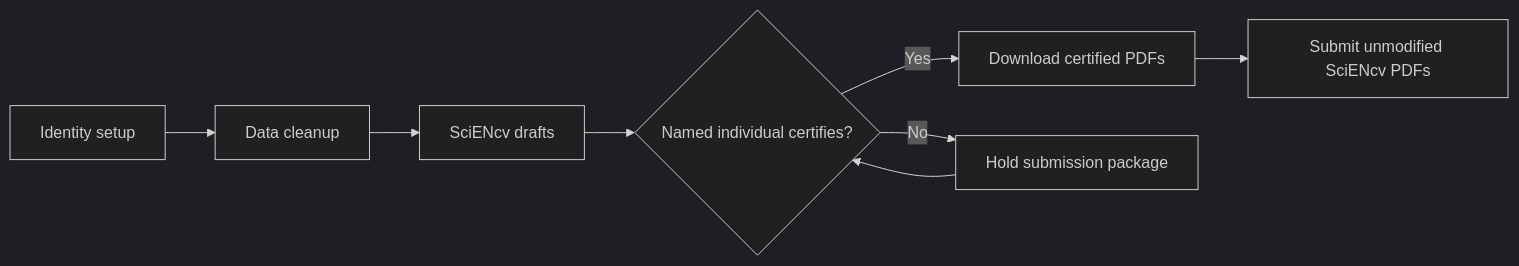
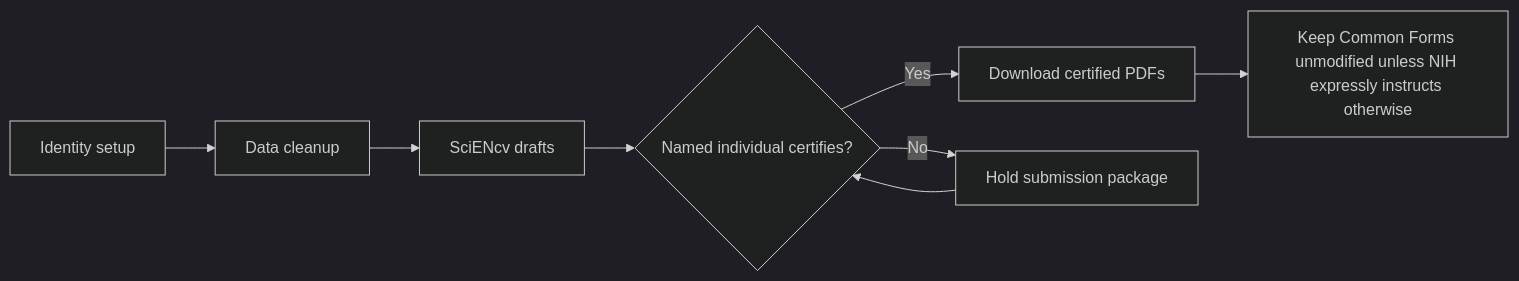
Before and after one commit to FritscheLab/nih-sciencv-playbook: the diagram in docs/index.md, drawn with Mermaid (dark theme). The commit also changed other lines of this file and 48 other files, not shown here.

First line of the commit message:
Refactor documentation and templates for NIH Common Forms compliance

````diff
--- a/docs/index.md
+++ b/docs/index.md
@@ -30,12 +31,12 @@
 ```mermaid
 flowchart LR
     accTitle: Common Forms success path
     accDescr: A high-level path from identity setup through SciENcv drafting, individual certification, and submission-ready PDFs.
     A["Identity setup"] --> B["Data cleanup"]
     B --> C["SciENcv drafts"]
     C --> D{"Named individual certifies?"}
     D -- "Yes" --> E["Download certified PDFs"]
     D -- "No" --> F["Hold submission package"]
-    E --> G["Submit unmodified SciENcv PDFs"]
+    E --> G["Keep Common Forms unmodified unless NIH expressly instructs otherwise"]
     F --> D
 ```
````
